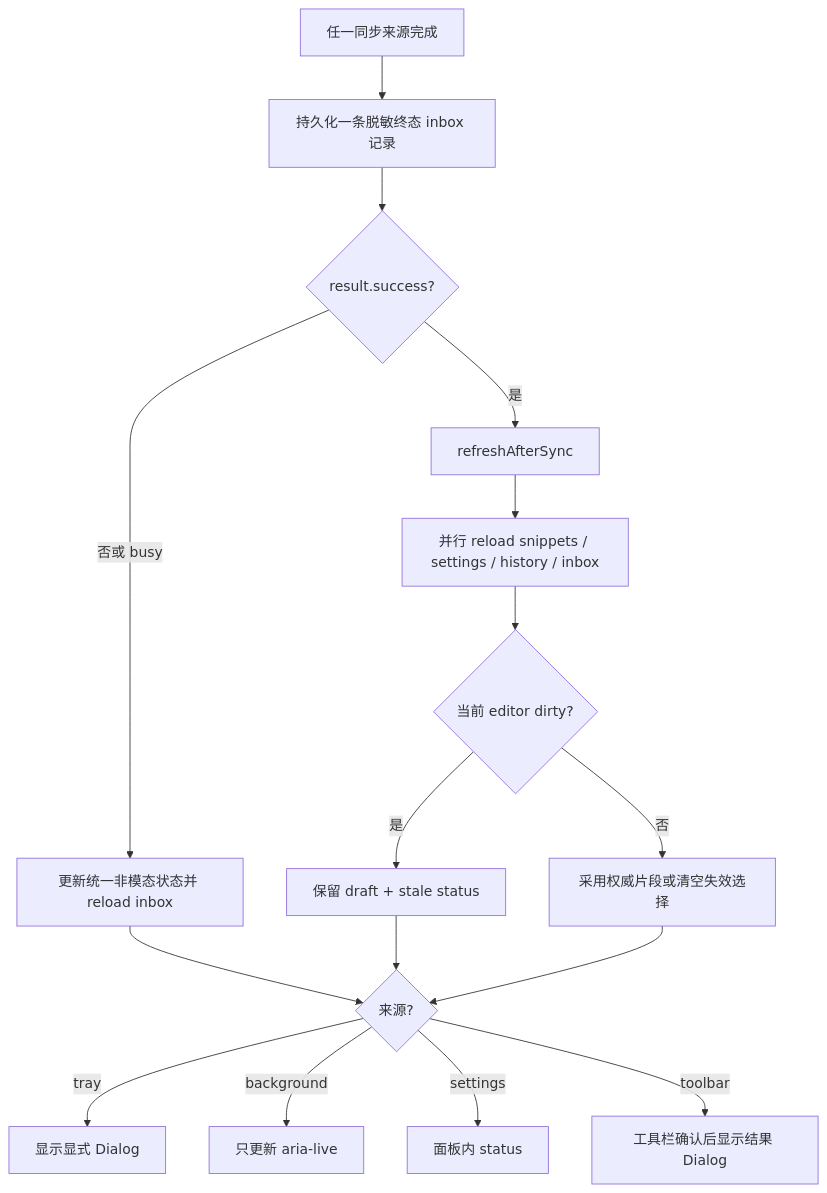
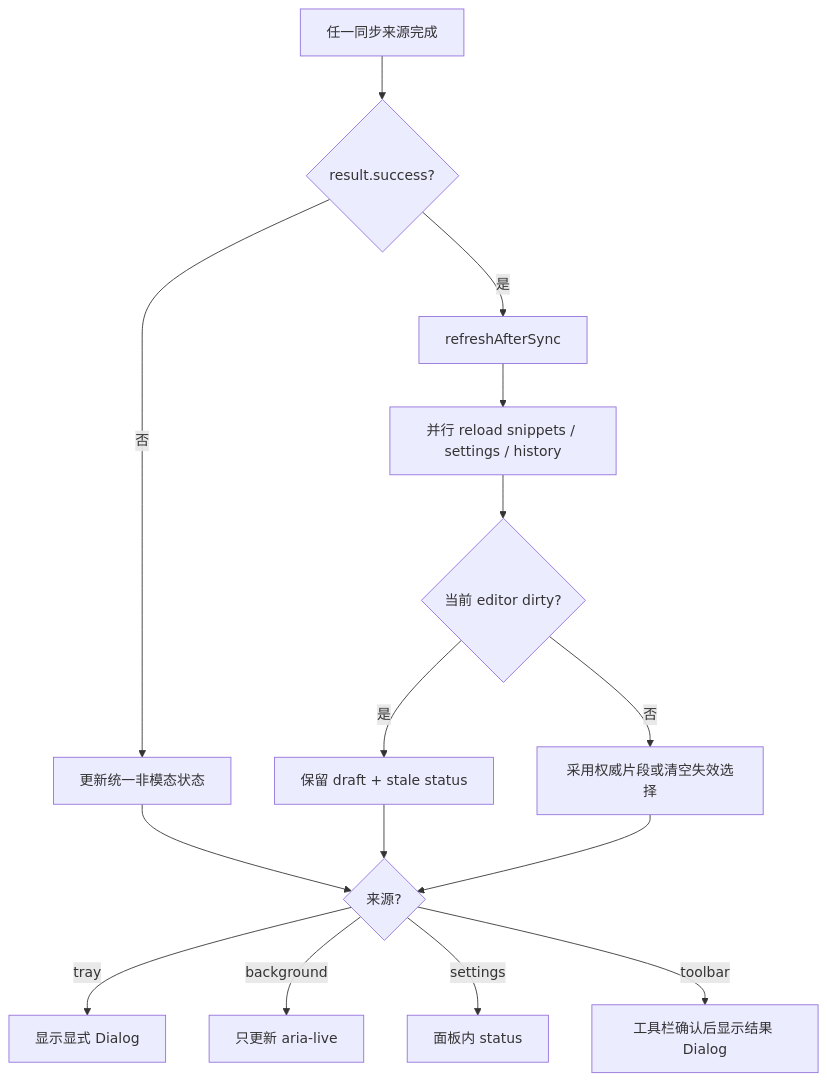
The fourth of 4 diagrams in docs/feature-design.md (rainerosion/snipvault), drawn with Mermaid before and after one commit. The commit also changed other lines of this file and 26 other files, not shown here.

````diff
--- a/docs/feature-design.md
+++ b/docs/feature-design.md
@@ -776,18 +670,17 @@
 ```mermaid
 flowchart TD
-    A[任一同步来源完成] --> B[持久化一条脱敏终态 inbox 记录]
-    B --> C{result.success?}
-    C -- 否或 busy --> D[更新统一非模态状态并 reload inbox]
-    C -- 是 --> E[refreshAfterSync]
-    E --> F[并行 reload snippets / settings / history / inbox]
-    F --> G{当前 editor dirty?}
-    G -- 是 --> H[保留 draft + stale status]
-    G -- 否 --> I[采用权威片段或清空失效选择]
-    D --> J{来源?}
-    H --> J
-    I --> J
-    J -- tray --> K[显示显式 Dialog]
-    J -- background --> L[只更新 aria-live]
-    J -- settings --> M[面板内 status]
-    J -- toolbar --> N[工具栏确认后显示结果 Dialog]
+    A[任一同步来源完成] --> B{result.success?}
+    B -- 否 --> C[更新统一非模态状态]
+    B -- 是 --> D[refreshAfterSync]
+    D --> E[并行 reload snippets / settings / history]
+    E --> F{当前 editor dirty?}
+    F -- 是 --> G[保留 draft + stale status]
+    F -- 否 --> H[采用权威片段或清空失效选择]
+    C --> I{来源?}
+    G --> I
+    H --> I
+    I -- tray --> J[显示显式 Dialog]
+    I -- background --> K[只更新 aria-live]
+    I -- settings --> L[面板内 status]
+    I -- toolbar --> M[工具栏确认后显示结果 Dialog]
 ```
````
